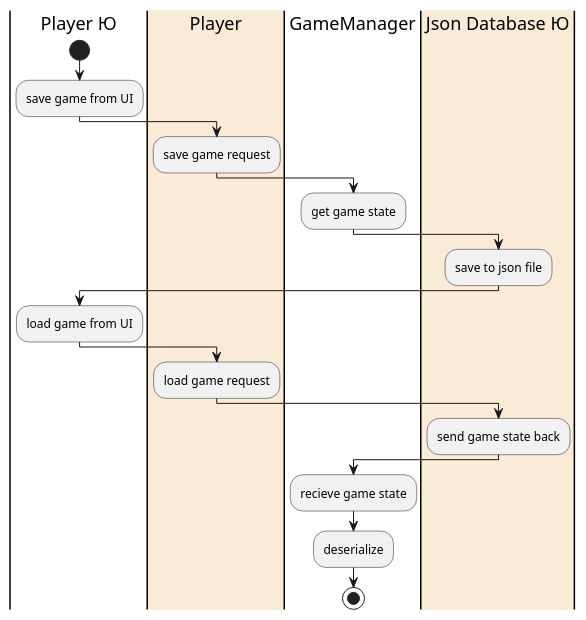
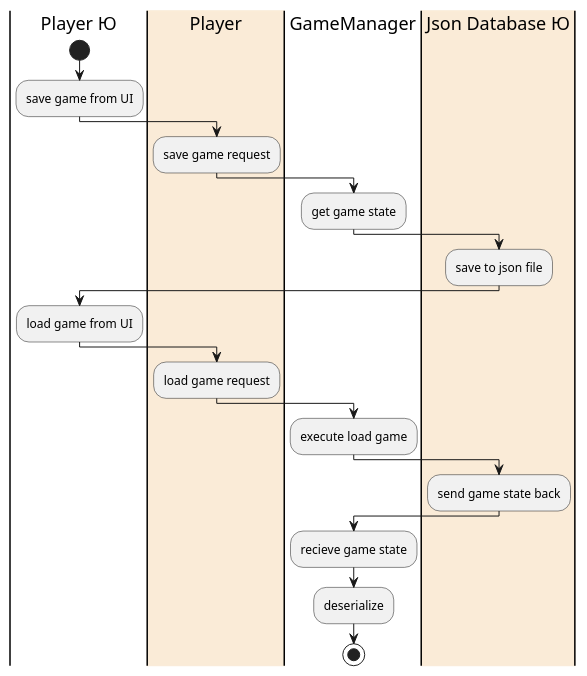
One commit to jfiorin1/clue-game-server changed the diagram in uml diagrams/save_load_game.puml. Above: the diagram before and after it, drawn with PlantUML. The commit also changed 2 other files, not shown here.

Commit message:
final diagram

```diff
--- a/uml diagrams/save_load_game.puml
+++ b/uml diagrams/save_load_game.puml
@@ -1,24 +1,26 @@
 @startuml
 'https://plantuml.com/activity-diagram-beta
 
 |Player Ю|
 start
 :save game from UI;
 |#AntiqueWhite|Player|
 :save game request;
 |GameManager|
 :get game state;
 |#AntiqueWhite|Json Database Ю|
 :save to json file;
 |Player Ю|
 :load game from UI;
 |Player|
 :load game request;
+|GameManager|
+:execute load game;
 |#AntiqueWhite|Json Database Ю|
 :send game state back;
 |GameManager|
 :recieve game state;
 :deserialize;
 stop
 
 @enduml
```
